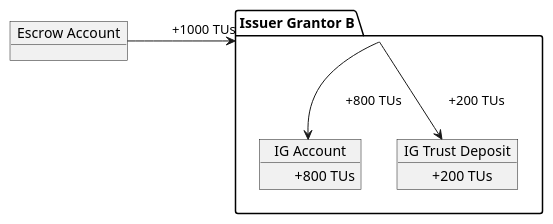
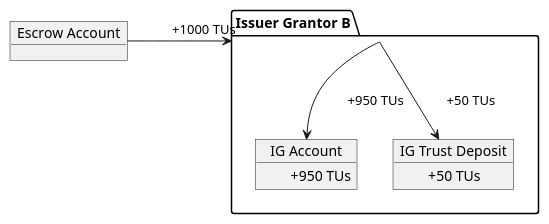
The fifth of 5 diagrams in docs/learn/verifiable-public-registry/60-onboarding-participants.md (verana-labs/verana-docs), drawn with PlantUML before and after one commit. The commit also changed other lines of this file and 7 other files, not shown here.

````diff
--- a/docs/learn/verifiable-public-registry/60-onboarding-participants.md
+++ b/docs/learn/verifiable-public-registry/60-onboarding-participants.md
@@ -259,24 +259,24 @@
 ```plantuml
 
 @startuml
 scale max 1200 width
 
 package "Issuer Grantor B" as ig {
     object "IG Account" as iga {
-        \t+800 TUs
+        \t+950 TUs
     }
     object "IG Trust Deposit" as igtd {
-        \t+200 TUs
+        \t+50 TUs
     }
 }
 object "Escrow Account" as escrow
 
 
 
 escrow -r-> ig: \t+1000 TUs \t\t\t\t\t
-ig --> iga: \t+800 TUs
-ig --> igtd: \t+200 TUs
+ig --> iga: \t+950 TUs
+ig --> igtd: \t+50 TUs
 
 @enduml
 
 ```
````
